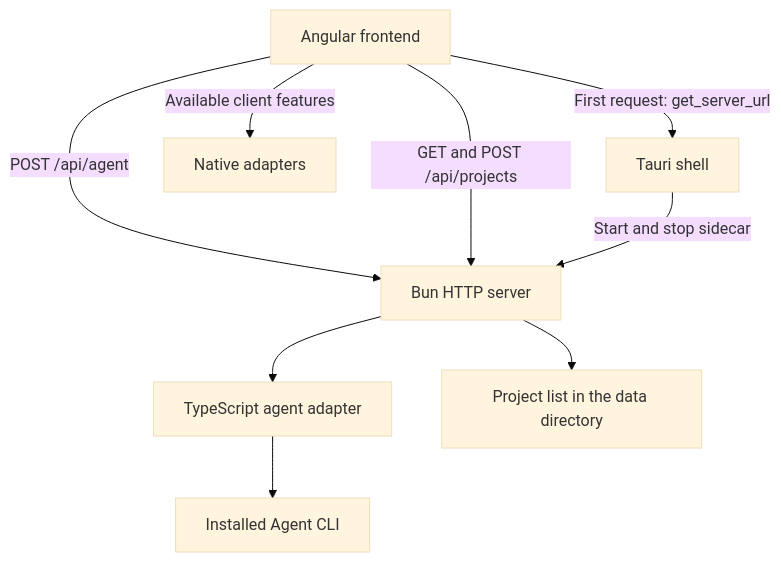
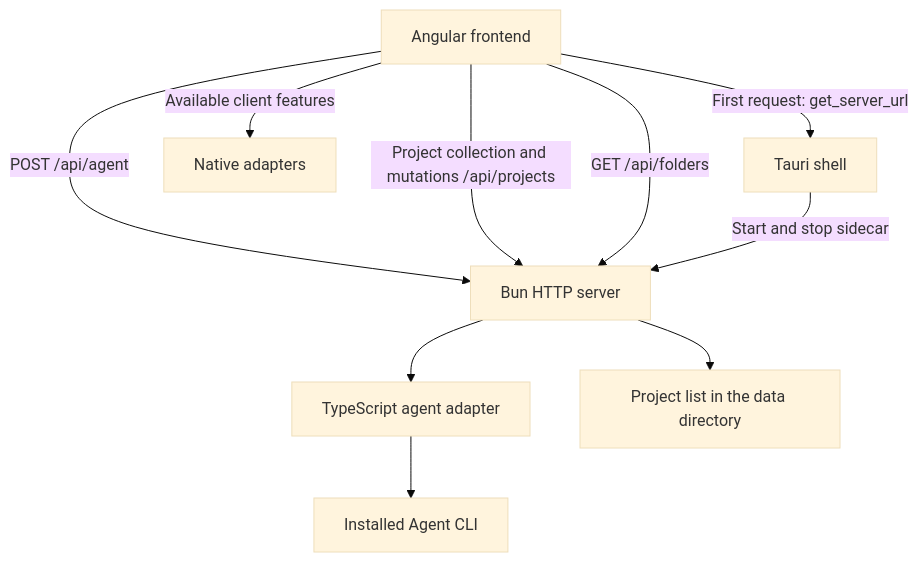
Before and after one commit to FreakeyPlays/eitri: the diagram in docs/internals/architecture.md, drawn with Mermaid (base theme). The commit also changed other lines of this file and 49 other files, not shown here.

````diff
--- a/docs/internals/architecture.md
+++ b/docs/internals/architecture.md
@@ -51,11 +53,12 @@
 ```mermaid
 flowchart TB
     UI[Angular frontend] -->|POST /api/agent| H[Bun HTTP server]
-    UI -->|GET and POST /api/projects| H
+    UI -->|Project collection and mutations /api/projects| H
+    UI -->|GET /api/folders| H
     H --> S[TypeScript agent adapter]
     H --> P[Project list in the data directory]
     S --> C[Installed Agent CLI]
     UI -->|First request: get_server_url| T[Tauri shell]
     T -->|Start and stop sidecar| H
     UI -->|Available client features| N[Native adapters]
 ```
````
